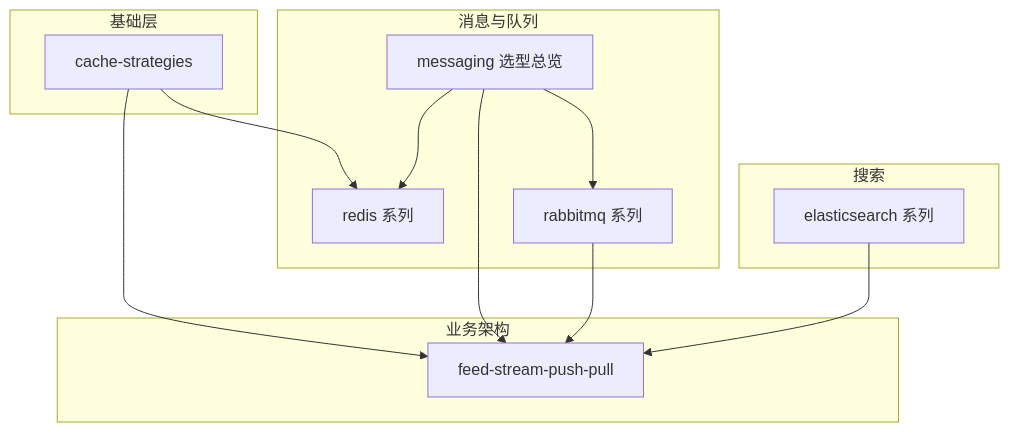
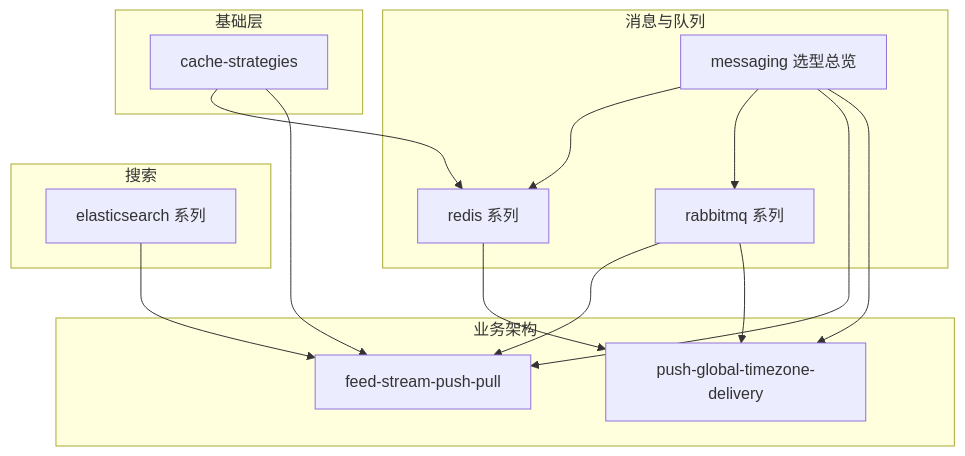
The diagram in README.md (CaiCandong/wiki-note), drawn with Mermaid before and after one commit. The commit also changed other lines of this file and 4 other files, not shown here.

````diff
--- a/README.md
+++ b/README.md
@@ -24,24 +24,28 @@
 ```mermaid
 flowchart TB
     subgraph foundation["基础层"]
         CACHE[cache-strategies]
     end
     subgraph messaging["消息与队列"]
         MSG[messaging 选型总览]
         REDIS[redis 系列]
         RMQ[rabbitmq 系列]
     end
     subgraph search["搜索"]
         ES[elasticsearch 系列]
     end
     subgraph product["业务架构"]
         FEED[feed-stream-push-pull]
+        PUSH[push-global-timezone-delivery]
     end
     CACHE --> REDIS
     CACHE --> FEED
     MSG --> REDIS
     MSG --> RMQ
     MSG --> FEED
+    MSG --> PUSH
     RMQ --> FEED
+    RMQ --> PUSH
+    REDIS --> PUSH
     ES --> FEED
 ```
````
